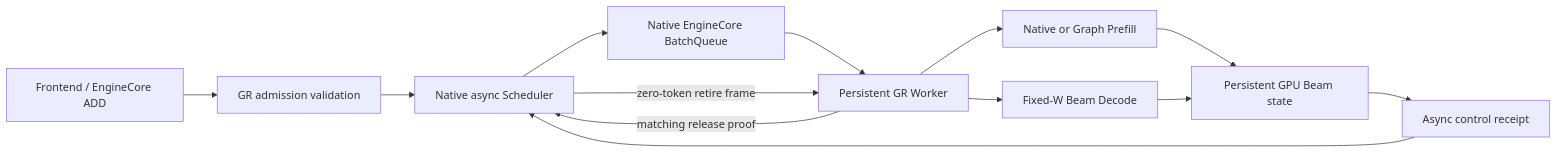
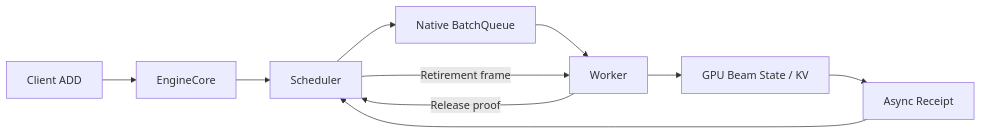
Before and after one commit to ZhiYunpenghuawei/p1: the first of 3 diagrams in Async_schedule_design.md, drawn with Mermaid. The commit also changed other lines of this file, not shown here.

````diff
--- a/Async_schedule_design.md
+++ b/Async_schedule_design.md
@@ -96,15 +35,12 @@
 ```mermaid
 flowchart LR
-    A[Frontend / EngineCore ADD] --> V[GR admission validation]
-    V --> S[Native async Scheduler]
-    S --> Q[Native EngineCore BatchQueue]
-    Q --> W[Persistent GR Worker]
-    W --> P[Native or Graph Prefill]
-    W --> D[Fixed-W Beam Decode]
-    P --> B[Persistent GPU Beam state]
-    D --> B
-    B --> C[Async control receipt]
-    C --> S
-    S -->|zero-token retire frame| W
-    W -->|matching release proof| S
+    A[Client ADD] --> E[EngineCore]
+    E --> S[Scheduler]
+    S --> Q[Native BatchQueue]
+    Q --> W[Worker]
+    W --> G[GPU Beam State / KV]
+    G --> R[Async Receipt]
+    R --> S
+    S -->|Retirement frame| W
+    W -->|Release proof| S
 ```
````
